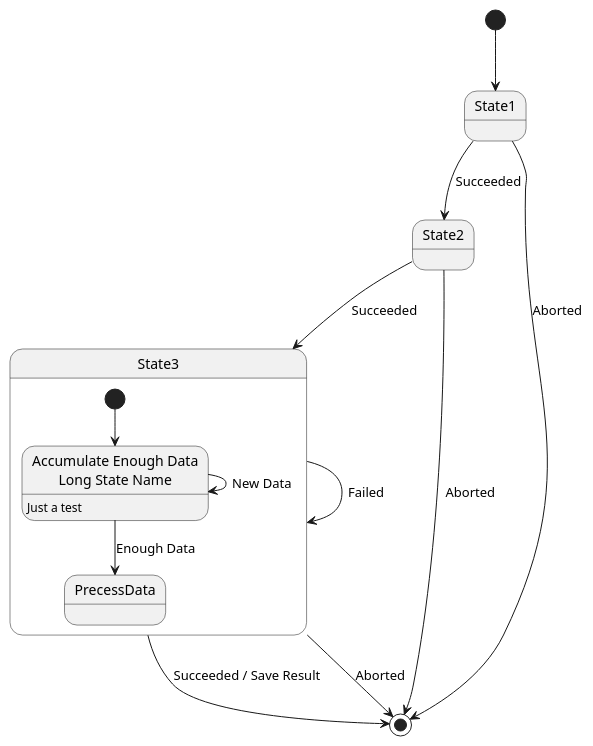
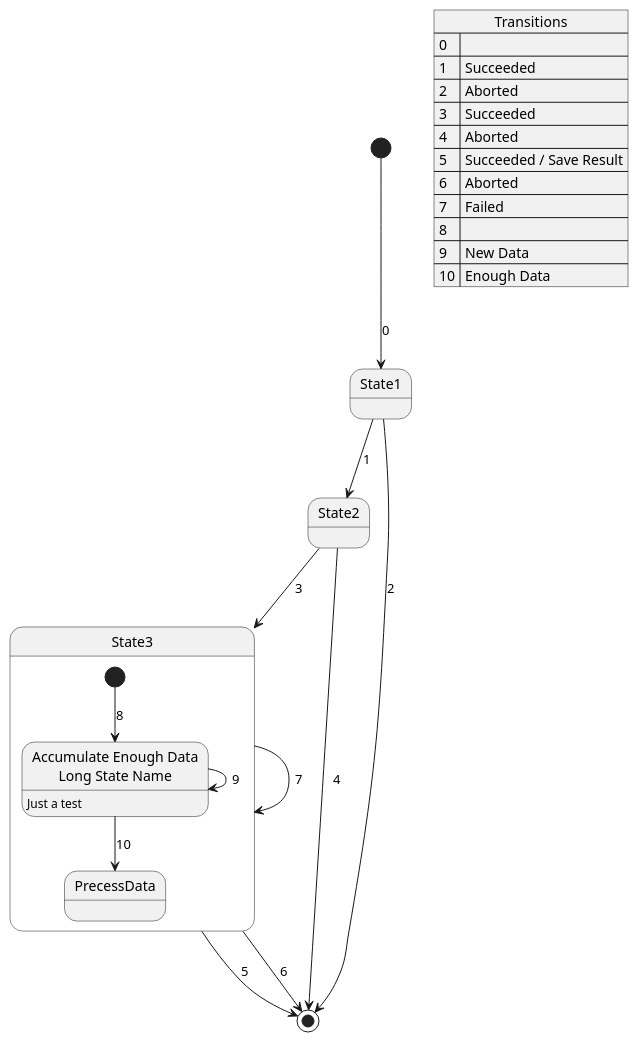
The diagram in dataclass_to_diagram_rs_test/diagrams/state_machine_5.puml (Konstantin-Dudersky/dataclass_to_diagram_rs), drawn with PlantUML before and after one commit. The commit also changed 12 other files, not shown here.

```diff
--- a/dataclass_to_diagram_rs_test/diagrams/state_machine_5.puml
+++ b/dataclass_to_diagram_rs_test/diagrams/state_machine_5.puml
@@ -1,26 +1,40 @@
 @startuml
 
 state Start <<start>>
 state "State1" as State1
 state "State2" as State2
 state "State3" as State3 {
     state State3Start <<start>>
     state "Accumulate Enough Data\nLong State Name" as State3Accum
     State3Accum : Just a test
     state "PrecessData" as State3ProcessData
 }
 state End <<end>>
 
-Start --> State1
-State1 --> State2 : Succeeded
-State1 --> End : Aborted
-State2 --> State3 : Succeeded
-State2 --> End : Aborted
-State3 --> End : Succeeded / Save Result
-State3 --> End : Aborted
-State3 --> State3 : Failed
-State3Start --> State3Accum
-State3Accum --> State3Accum : New Data
-State3Accum --> State3ProcessData : Enough Data
+Start --> State1 : 0
+State1 --> State2 : 1
+State1 --> End : 2
+State2 --> State3 : 3
+State2 --> End : 4
+State3 --> End : 5
+State3 --> End : 6
+State3 --> State3 : 7
+State3Start --> State3Accum : 8
+State3Accum --> State3Accum : 9
+State3Accum --> State3ProcessData : 10
+
+json Transitions {
+    "0": "",
+    "1": "Succeeded",
+    "2": "Aborted",
+    "3": "Succeeded",
+    "4": "Aborted",
+    "5": "Succeeded / Save Result",
+    "6": "Aborted",
+    "7": "Failed",
+    "8": "",
+    "9": "New Data",
+    "10": "Enough Data"
+}
 
 @enduml
```
